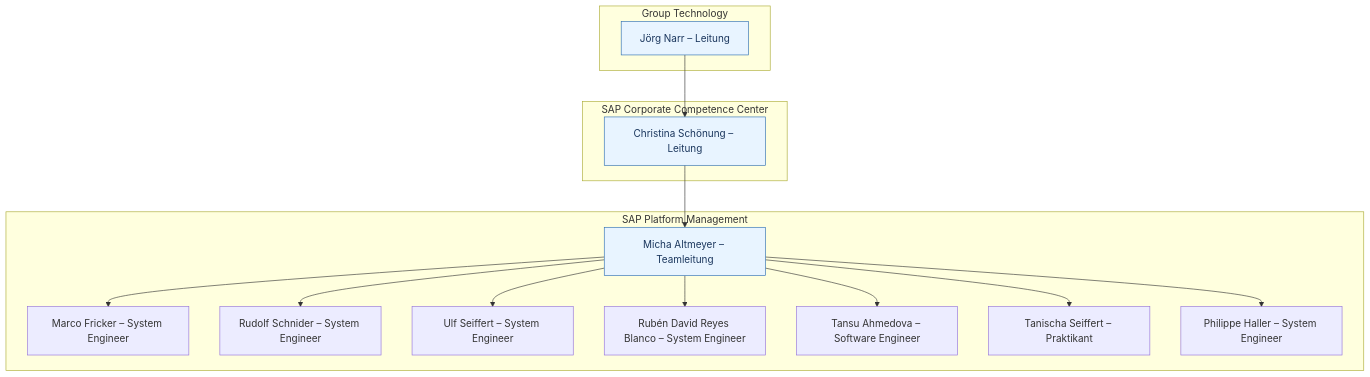
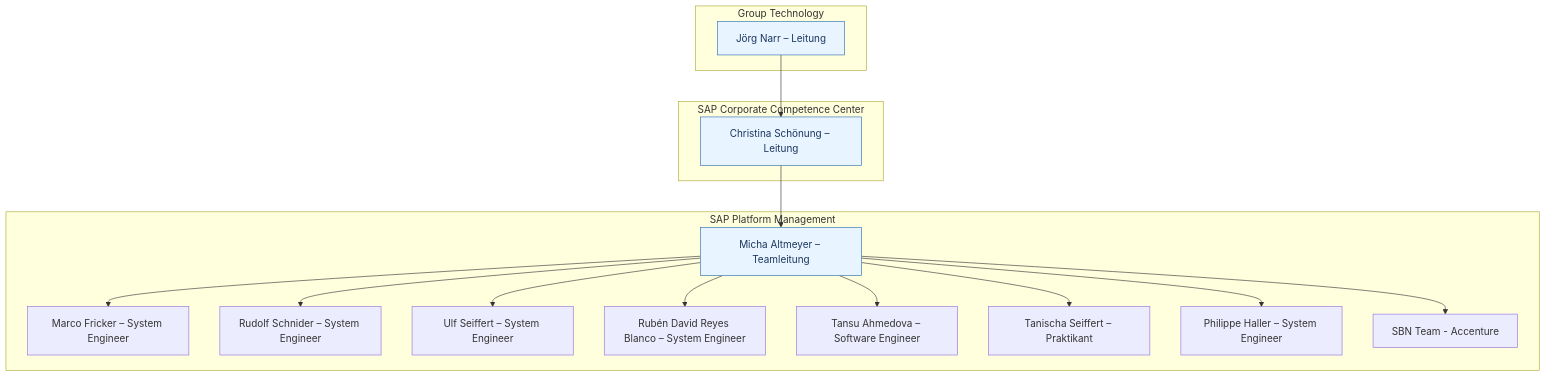
The diagram in prompts/wissenbasis/antworten/2.1.6.md (mikealkmeier/prompt-bibliothek), drawn with Mermaid before and after one commit.

````diff
--- a/prompts/wissenbasis/antworten/2.1.6.md
+++ b/prompts/wissenbasis/antworten/2.1.6.md
@@ -5,37 +5,39 @@
 ```mermaid
 flowchart TB
   %% Ebenen als Subgraphs
   subgraph GT[Group Technology]
     JN[Jörg Narr – Leitung]
   end
 
   subgraph CCC[SAP Corporate Competence Center]
     CS[Christina Schönung – Leitung]
   end
 
   subgraph PLM[SAP Platform Management]
     MA[Micha Altmeyer – Teamleitung]
     MF[Marco Fricker – System Engineer]
     RS[Rudolf Schnider – System Engineer]
     US[Ulf Seiffert – System Engineer]
     RR[Rubén David Reyes Blanco – System Engineer]
     TA[Tansu Ahmedova – Software Engineer]
     TS[Tanischa Seiffert – Praktikant]
     PH[Philippe Haller – System Engineer]
+    SBN[SBN Team - Accenture]
   end
 
   %% Berichtslinien
   JN --> CS
   CS --> MA
   MA --> MF
   MA --> RS
   MA --> US
   MA --> RR
   MA --> TA
   MA --> TS
   MA --> PH
+  MA --> SBN
 
   %% Optionales Styling
   classDef lead fill:#e8f4ff,stroke:#2b6cb0,color:#1a365d;
   class JN,CS,MA lead;
 ```
````
